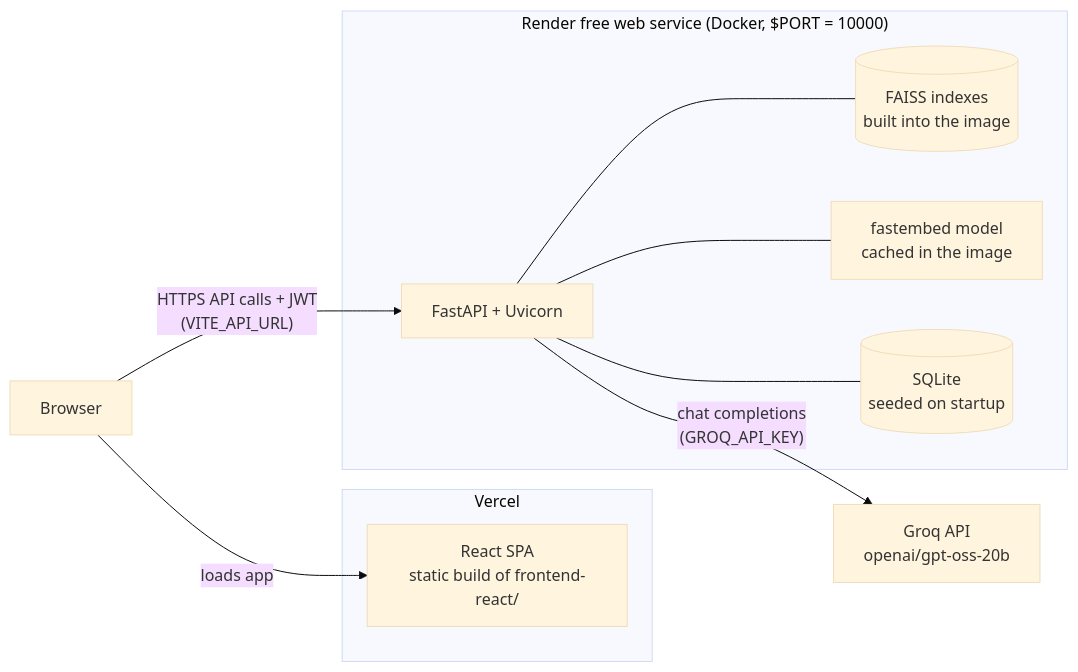
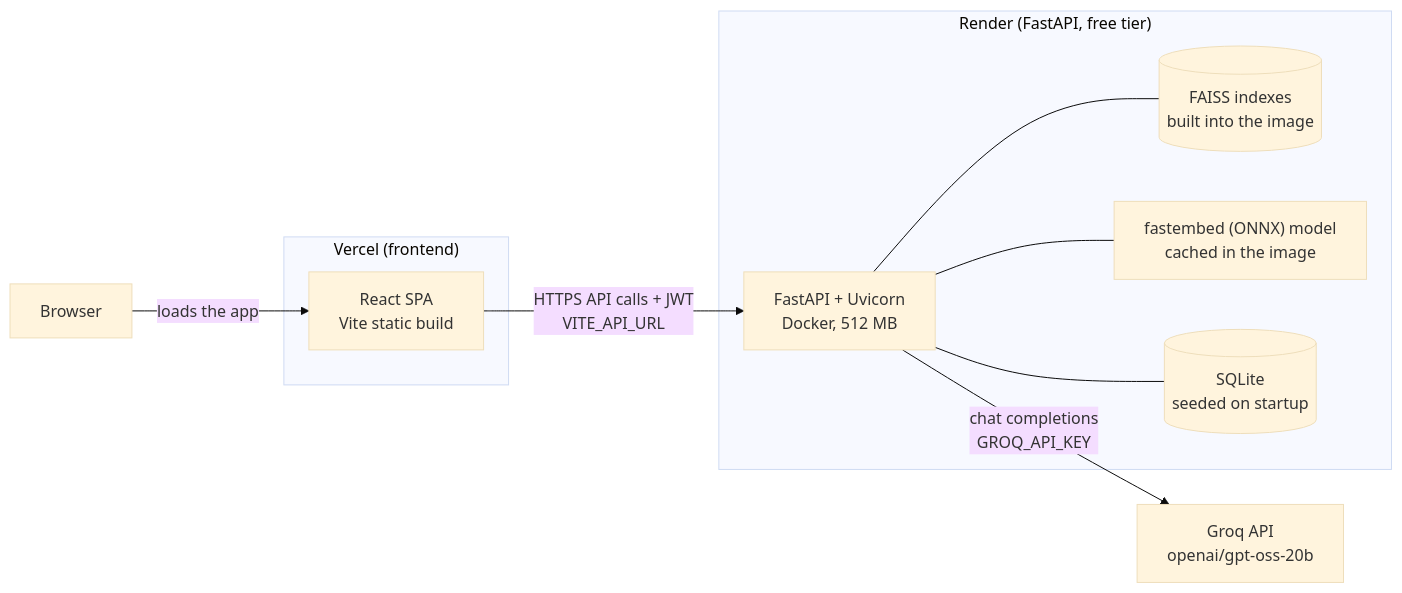
The fourth of 4 diagrams in README.md (GOPIKA-BTECH23/enterprise-rag-assistant), drawn with Mermaid (base theme) before and after one commit. The commit also changed other lines of this file and 5 other files, not shown here.

````diff
--- a/README.md
+++ b/README.md
@@ -370,21 +372,24 @@
 ```mermaid
 flowchart LR
     B["Browser"]
-    subgraph Vercel
-        FE["React SPA<br/>static build of frontend-react/"]
+
+    subgraph Vercel["Vercel (frontend)"]
+        FE["React SPA<br/>Vite static build"]
     end
-    subgraph Render["Render free web service (Docker, $PORT = 10000)"]
-        API["FastAPI + Uvicorn"]
+
+    subgraph Render["Render (FastAPI, free tier)"]
+        API["FastAPI + Uvicorn<br/>Docker, 512 MB"]
         IDX[("FAISS indexes<br/>built into the image")]
-        EMB["fastembed model<br/>cached in the image"]
+        EMB["fastembed (ONNX) model<br/>cached in the image"]
         SQL[("SQLite<br/>seeded on startup")]
     end
+
     GROQ["Groq API<br/>openai/gpt-oss-20b"]
 
-    B -->|"loads app"| FE
-    B -->|"HTTPS API calls + JWT<br/>(VITE_API_URL)"| API
+    B -->|"loads the app"| FE
+    FE -->|"HTTPS API calls + JWT<br/>VITE_API_URL"| API
     API --- IDX
     API --- EMB
     API --- SQL
-    API -->|"chat completions<br/>(GROQ_API_KEY)"| GROQ
+    API -->|"chat completions<br/>GROQ_API_KEY"| GROQ
 ```
````
